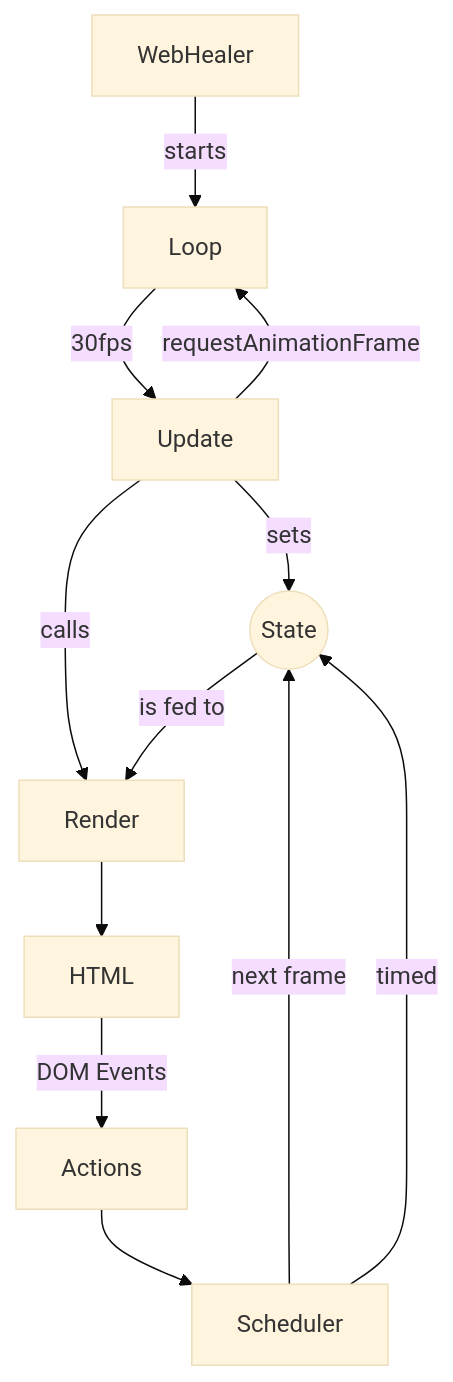
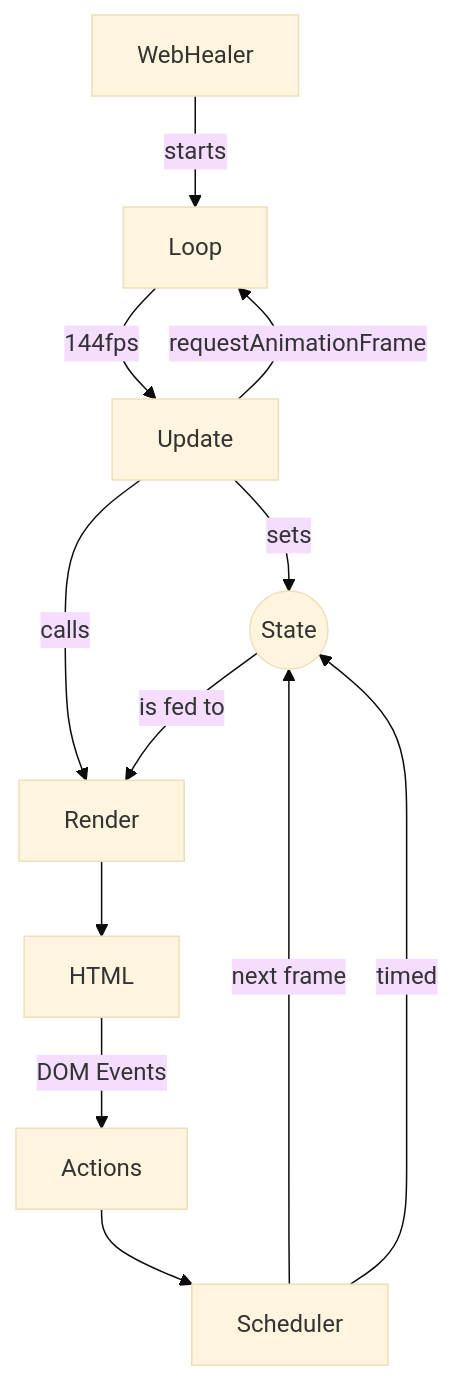
Before and after one commit to oskarrough/webhealer: the second of 2 diagrams in README.md, drawn with Mermaid (base theme). The commit also changed other lines of this file, not shown here.

````diff
--- a/README.md
+++ b/README.md
@@ -47,13 +47,13 @@
 ```mermaid
 graph TD
-	WebHealer --> |starts| Loop --> |30fps| Update
+	WebHealer --> |starts| Loop --> |144fps| Update
 	Update --> |requestAnimationFrame| Loop
 	Update --> |sets| State((State))
 	Update --> |calls| Render --> HTML --> |DOM Events| Actions
 
 	Actions --> Scheduler
 	Scheduler --> |next frame| State
 	Scheduler --> |timed| State
 
 	State --> |is fed to| Render
 ```
````
